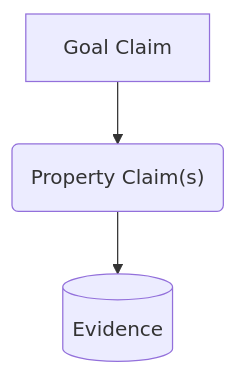
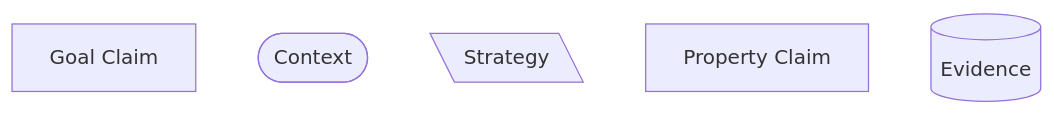
Before and after one commit to alan-turing-institute/AssurancePlatform: the first of 6 diagrams in site/docs/guidance/core-elements.md, drawn with Mermaid. The commit also changed other lines of this file, not shown here.

````diff
--- a/site/docs/guidance/core-elements.md
+++ b/site/docs/guidance/core-elements.md
@@ -28,5 +27,8 @@
-``` mermaid
-graph TD
-  A[Goal Claim] --> B("`Property Claim(s)`");
-  B --> C[(Evidence)];
+```mermaid
+flowchart TD
+  G1[Goal Claim]
+  C1([Context]) 
+  S1[\Strategy\]
+  P1[Property Claim];
+  E1[(Evidence)];
 ```
````
